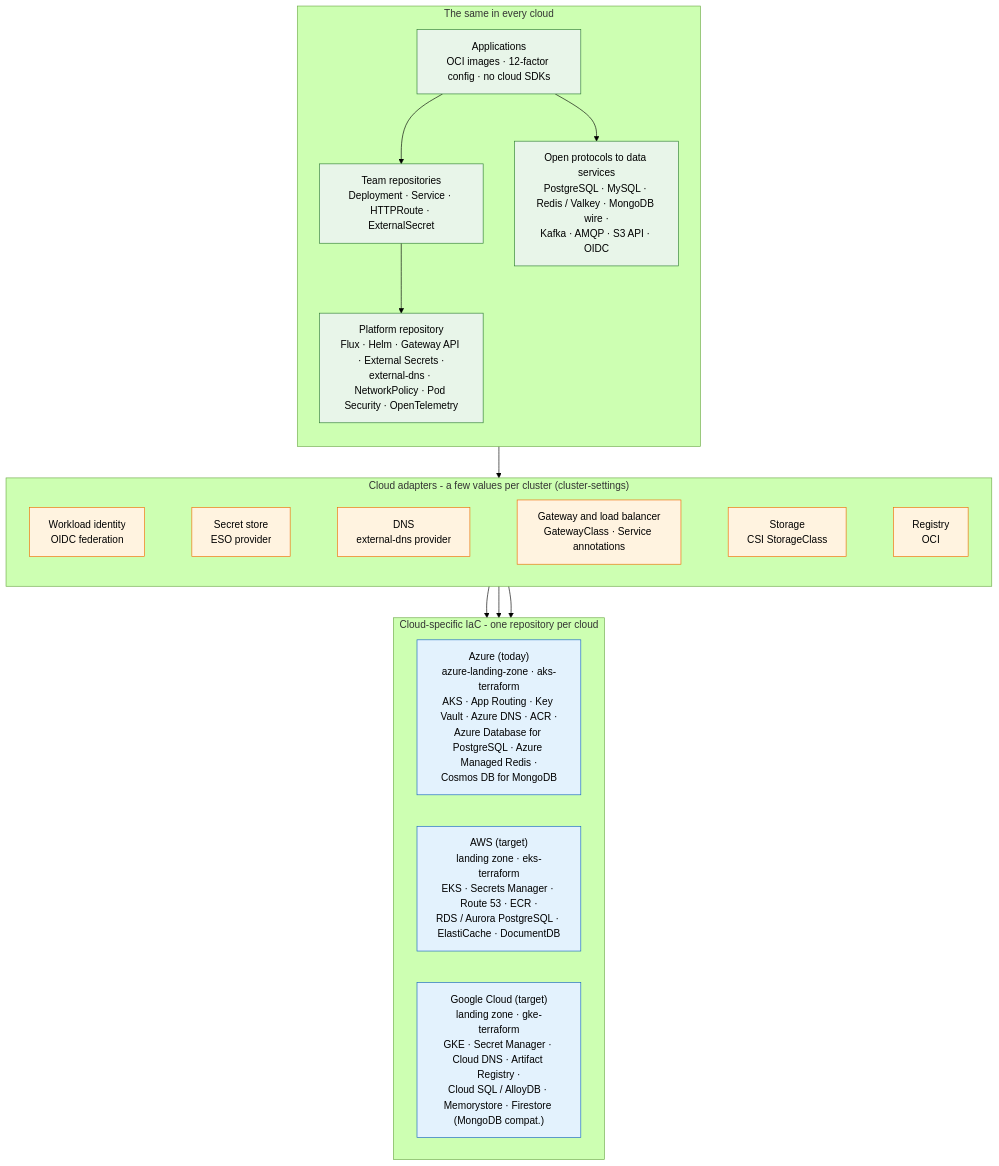
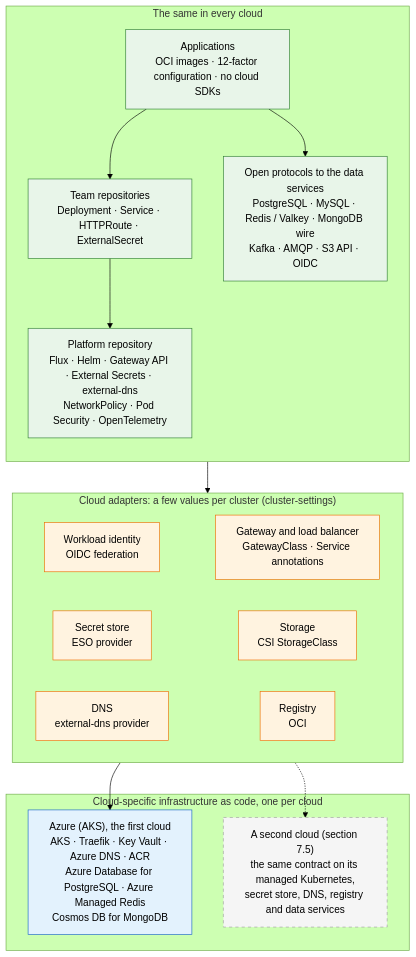
The diagram in diagrams/1.3-portability.mmd (onek8s/onek8s.github.io), drawn with Mermaid (forest theme) before and after one commit. The commit also changed 69 other files, not shown here.

```diff
--- a/diagrams/1.3-portability.mmd
+++ b/diagrams/1.3-portability.mmd
@@ -1,43 +1,43 @@
-%% OneK8s: one platform, every cloud. Everything above the line is the same in every cloud - applications, their
-%% manifests, the platform's Flux configuration and the open protocols they speak. Only the thin adapter layer and the
-%% cloud-specific IaC repository change when a cloud is added.
+%% OneK8s: one platform, one application contract for every cloud, built on Azure (AKS) first. Everything above the
+%% line is the same in every cloud - the applications, their manifests, the platform's Flux configuration and the open
+%% protocols they speak. Only the thin adapter layer and the cloud's infrastructure as code change when a cloud is added.
 flowchart TB
     subgraph PORT["The same in every cloud"]
         direction TB
-        app["Applications<br/>OCI images · 12-factor config · no cloud SDKs"]
+        app["Applications<br/>OCI images · 12-factor configuration · no cloud SDKs"]
         team["Team repositories<br/>Deployment · Service · HTTPRoute · ExternalSecret"]
-        plat["Platform repository<br/>Flux · Helm · Gateway API · External Secrets ·<br/>external-dns · NetworkPolicy · Pod Security · OpenTelemetry"]
-        proto["Open protocols to data services<br/>PostgreSQL · MySQL · Redis / Valkey · MongoDB wire ·<br/>Kafka · AMQP · S3 API · OIDC"]
+        plat["Platform repository<br/>Flux · Helm · Gateway API · External Secrets · external-dns<br/>NetworkPolicy · Pod Security · OpenTelemetry"]
+        proto["Open protocols to the data services<br/>PostgreSQL · MySQL · Redis / Valkey · MongoDB wire<br/>Kafka · AMQP · S3 API · OIDC"]
+        app --> team --> plat
+        app --> proto
     end
 
-    subgraph ADAPT["Cloud adapters - a few values per cluster (cluster-settings)"]
-        direction LR
+    subgraph ADAPT["Cloud adapters: a few values per cluster (cluster-settings)"]
         a_id["Workload identity<br/>OIDC federation"]
         a_sec["Secret store<br/>ESO provider"]
         a_dns["DNS<br/>external-dns provider"]
         a_lb["Gateway and load balancer<br/>GatewayClass · Service annotations"]
         a_disk["Storage<br/>CSI StorageClass"]
         a_reg["Registry<br/>OCI"]
-        a_id ~~~ a_sec ~~~ a_dns ~~~ a_lb ~~~ a_disk ~~~ a_reg
+        a_id ~~~ a_lb
+        a_sec ~~~ a_disk
+        a_dns ~~~ a_reg
     end
 
-    subgraph CLOUDS["Cloud-specific IaC - one repository per cloud"]
-        direction LR
-        az["Azure (today)<br/>azure-landing-zone · aks-terraform<br/>AKS · App Routing · Key Vault · Azure DNS · ACR ·<br/>Azure Database for PostgreSQL · Azure Managed Redis ·<br/>Cosmos DB for MongoDB"]
-        aws["AWS (target)<br/>landing zone · eks-terraform<br/>EKS · Secrets Manager · Route 53 · ECR ·<br/>RDS / Aurora PostgreSQL · ElastiCache · DocumentDB"]
-        gcp["Google Cloud (target)<br/>landing zone · gke-terraform<br/>GKE · Secret Manager · Cloud DNS · Artifact Registry ·<br/>Cloud SQL / AlloyDB · Memorystore · Firestore (MongoDB compat.)"]
+    subgraph CLOUDS["Cloud-specific infrastructure as code, one per cloud"]
+        az["Azure (AKS), the first cloud<br/>AKS · Traefik · Key Vault · Azure DNS · ACR<br/>Azure Database for PostgreSQL · Azure Managed Redis<br/>Cosmos DB for MongoDB"]
+        other["A second cloud (section 7.5)<br/>the same contract on its managed Kubernetes,<br/>secret store, DNS, registry and data services"]
     end
 
-    app --> team --> plat
-    app --> proto
-    plat --> ADAPT
+    PORT --> ADAPT
     ADAPT --> az
-    ADAPT --> aws
-    ADAPT --> gcp
+    ADAPT -.-> other
 
     classDef port fill:#e8f5e9,stroke:#2e7d32,color:#000
     classDef adapt fill:#fff3e0,stroke:#ef6c00,color:#000
     classDef cloud fill:#e3f2fd,stroke:#1565c0,color:#000
+    classDef opt fill:#f5f5f5,stroke:#9e9e9e,color:#000,stroke-dasharray: 5 5
     class app,team,plat,proto port
     class a_id,a_sec,a_dns,a_lb,a_disk,a_reg adapt
-    class az,aws,gcp cloud
+    class az cloud
+    class other opt
```
